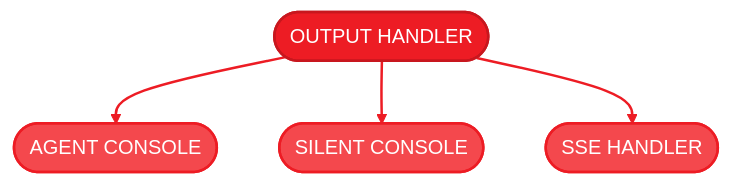
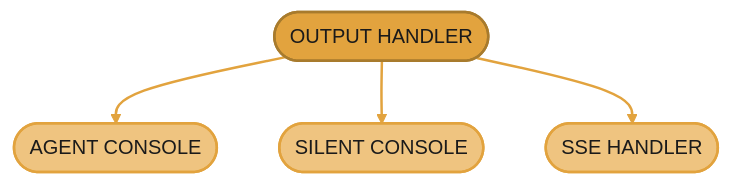
One commit to amd/gaia changed the diagram in docs/spec/console.mdx. Above: the diagram before and after it, drawn with Mermaid. The commit also changed 37 other files, not shown here.

````diff
--- a/docs/spec/console.mdx
+++ b/docs/spec/console.mdx
@@ -32,14 +32,14 @@
 ```mermaid
-%%{init: {'theme':'base', 'themeVariables': { 'primaryColor':'#ED1C24', 'primaryTextColor':'#fff', 'primaryBorderColor':'#C8171E', 'lineColor':'#F4484D', 'secondaryColor':'#2d2d2d', 'tertiaryColor':'#f5f5f5', 'fontFamily': 'system-ui, -apple-system, sans-serif'}}}%%
+%%{init: {'theme':'base', 'themeVariables': { 'primaryColor':'#E2A33E', 'primaryTextColor':'#1a1a1a', 'primaryBorderColor':'#A87B2D', 'lineColor':'#EFC480', 'secondaryColor':'#2d2d2d', 'tertiaryColor':'#f5f5f5', 'fontFamily': 'system-ui, -apple-system, sans-serif'}}}%%
 flowchart TD
     A(["OUTPUT HANDLER"]) --> B(["AGENT CONSOLE"])
     A --> C(["SILENT CONSOLE"])
     A --> D(["SSE HANDLER"])
 
-    style A fill:#ED1C24,stroke:#C8171E,stroke-width:2px,color:#fff
-    style B fill:#F4484D,stroke:#ED1C24,stroke-width:2px,color:#fff
-    style C fill:#F4484D,stroke:#ED1C24,stroke-width:2px,color:#fff
-    style D fill:#F4484D,stroke:#ED1C24,stroke-width:2px,color:#fff
+    style A fill:#E2A33E,stroke:#A87B2D,stroke-width:2px,color:#1a1a1a
+    style B fill:#EFC480,stroke:#E2A33E,stroke-width:2px,color:#1a1a1a
+    style C fill:#EFC480,stroke:#E2A33E,stroke-width:2px,color:#1a1a1a
+    style D fill:#EFC480,stroke:#E2A33E,stroke-width:2px,color:#1a1a1a
 
-    linkStyle 0,1,2 stroke:#ED1C24,stroke-width:2px
+    linkStyle 0,1,2 stroke:#E2A33E,stroke-width:2px
 ```
````
